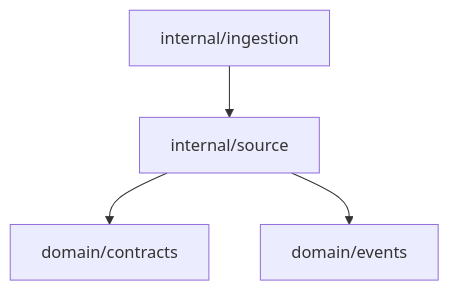
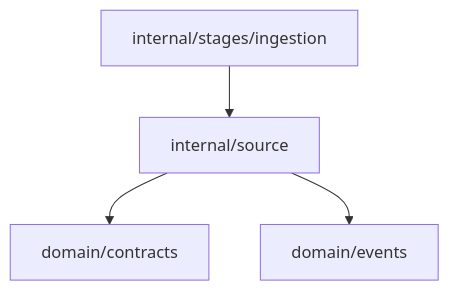
One commit to sx-tane/context-os changed the second of 2 diagrams in internal/source/README.md. Above: the diagram before and after it, drawn with Mermaid. The commit also changed 133 other files, not shown here.

````diff
--- a/internal/source/README.md
+++ b/internal/source/README.md
@@ -200,11 +200,11 @@
 ```mermaid
 flowchart TD
   source[internal/source]
   contracts[domain/contracts]
   events[domain/events]
-  ingestion[internal/ingestion]
+  ingestion[internal/stages/ingestion]
 
   source --> contracts
   source --> events
   ingestion --> source
 ```
````
